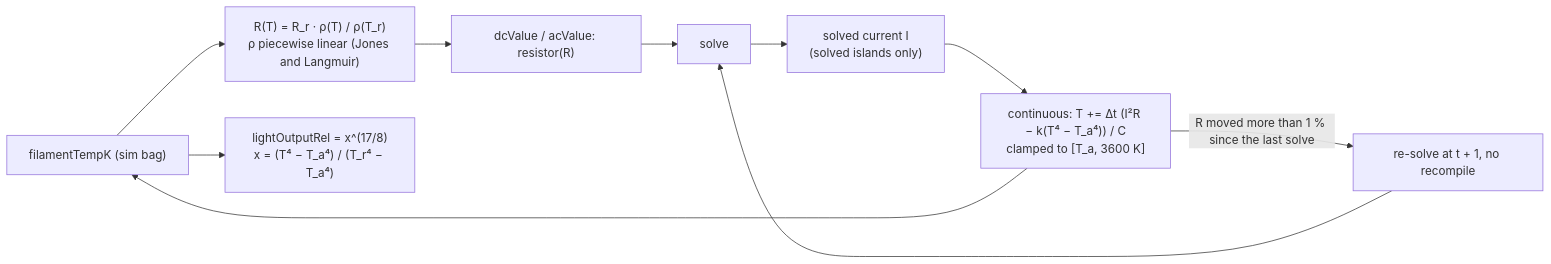
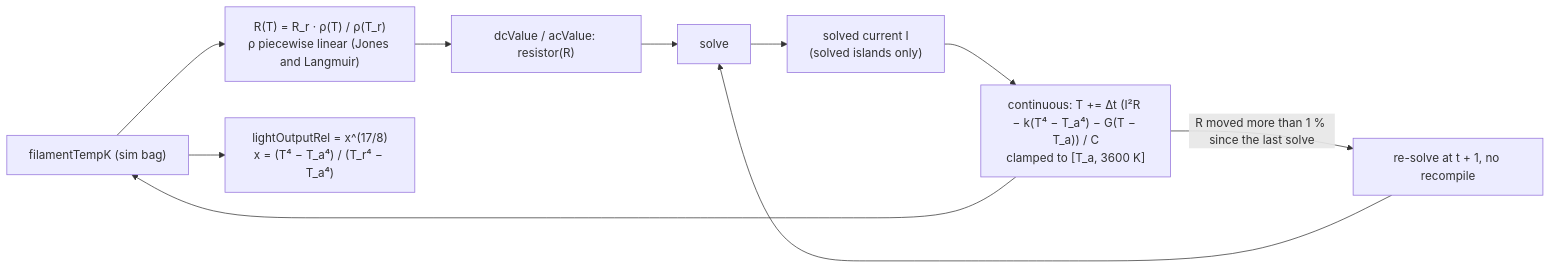
One commit to joebarbere/controls changed the tenth of 16 diagrams in docs/architecture/simulation.md. Above: the diagram before and after it, drawn with Mermaid. The commit also changed other lines of this file and 23 other files, not shown here.

````diff
--- a/docs/architecture/simulation.md
+++ b/docs/architecture/simulation.md
@@ -543,12 +543,12 @@
 ```mermaid
 flowchart LR
     T["filamentTempK (sim bag)"] --> R["R(T) = R_r · ρ(T) / ρ(T_r)<br/>ρ piecewise linear (Jones and Langmuir)"]
     R --> V["dcValue / acValue: resistor(R)"]
     V --> S["solve"]
     S --> I["solved current I<br/>(solved islands only)"]
-    I --> ODE["continuous: T += Δt (I²R − k(T⁴ − T_a⁴)) / C<br/>clamped to [T_a, 3600 K]"]
+    I --> ODE["continuous: T += Δt (I²R − k(T⁴ − T_a⁴) − G(T − T_a)) / C<br/>clamped to [T_a, 3600 K]"]
     ODE --> T
     ODE -->|"R moved more than 1 % since the last solve"| RS["re-solve at t + 1, no recompile"]
     RS --> S
     T --> L["lightOutputRel = x^(17/8)<br/>x = (T⁴ − T_a⁴) / (T_r⁴ − T_a⁴)"]
 ```
````
